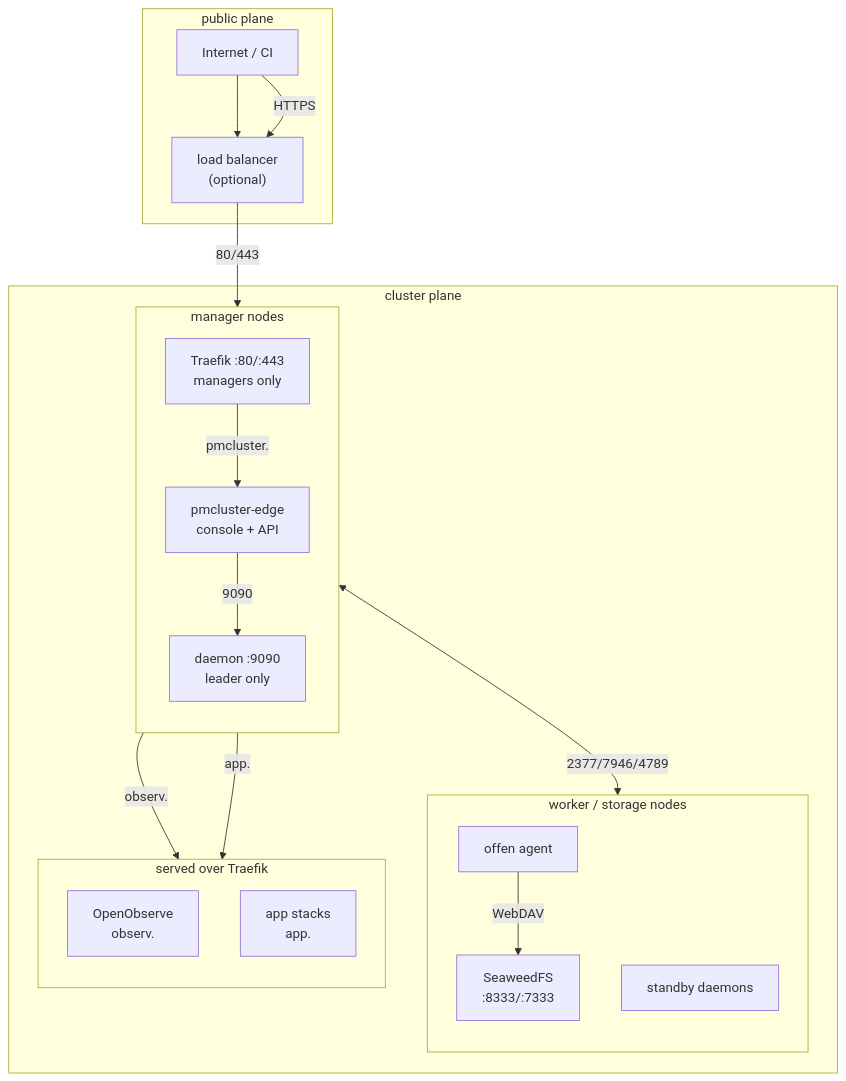
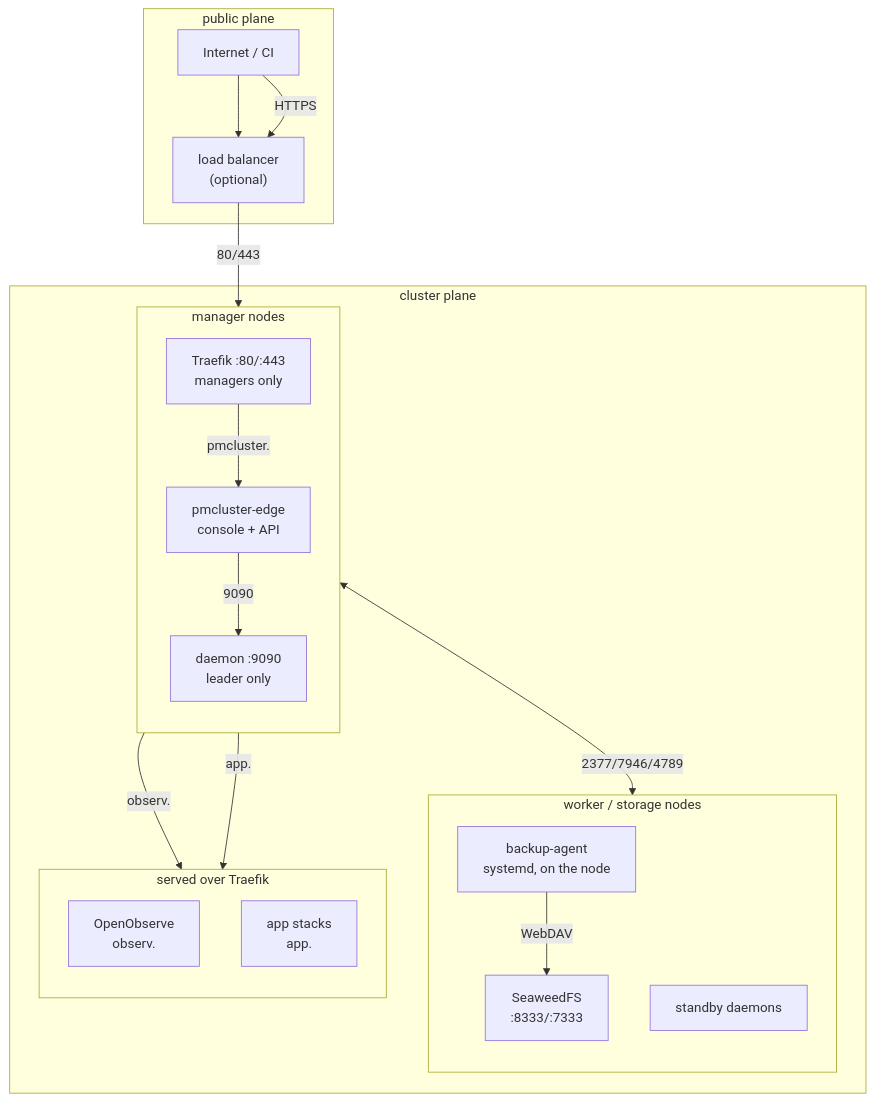
The first of 11 diagrams in docs/whitepaper.md (hazemarian/poor-man-cluster), drawn with Mermaid before and after one commit. The commit also changed other lines of this file and 8 other files, not shown here.

First line of the commit message:
docs: rewrite the backup chapter for the shipped design, embed the diagram

````diff
--- a/docs/whitepaper.md
+++ b/docs/whitepaper.md
@@ -61,33 +61,33 @@
 ```mermaid
 flowchart TD
     subgraph PUB["public plane"]
         NET["Internet / CI"] --> LB["load balancer<br/>(optional)"]
     end
     subgraph CLUS["cluster plane"]
         subgraph MG["manager nodes"]
             direction TB
             TR["Traefik :80/:443<br/>managers only"]
             ED["pmcluster-edge<br/>console + API"]
             DM["daemon :9090<br/>leader only"]
         end
         subgraph WK["worker / storage nodes"]
             direction TB
-            AG["offen agent"]
+            AG["backup-agent<br/>systemd, on the node"]
             SW["SeaweedFS<br/>:8333/:7333"]
             W["standby daemons"]
         end
         subgraph SRV["served over Traefik"]
             direction TB
             OO["OpenObserve<br/>observ.<domain>"]
             AP["app stacks<br/>app.<domain>"]
         end
     end
     NET -->|"HTTPS"| LB
     LB -->|"80/443"| TR
     TR -->|"pmcluster.<domain>"| ED
     TR -->|"observ.<domain>"| OO
     TR -->|"app.<domain>"| AP
     ED -->|"9090"| DM
     DM <-->|"2377/7946/4789"| W
     AG -->|"WebDAV"| SW
 ```
````
